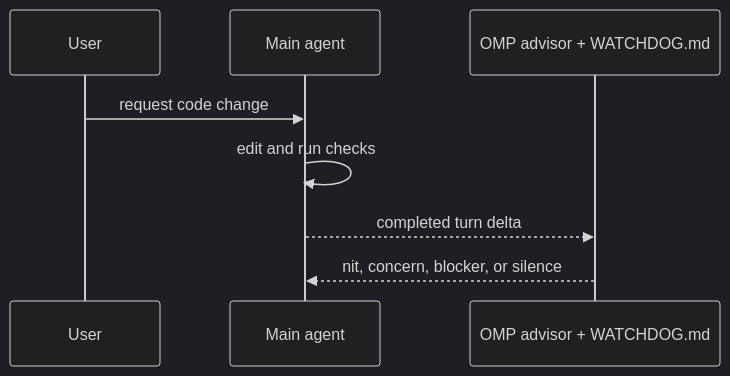
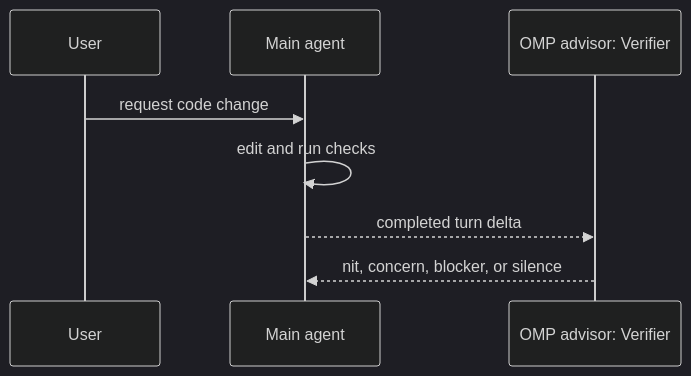
The diagram in CONCEPTS.md (klondikemarlen/omp-verifier), drawn with Mermaid (dark theme) before and after one commit. The commit also changed other lines of this file and 11 other files, not shown here.

Commit message:
:recycle: Reduce verifier to advisor bootstrap.

````diff
--- a/CONCEPTS.md
+++ b/CONCEPTS.md
@@ -42,11 +18,11 @@
 ```mermaid
 sequenceDiagram
   participant User
   participant Main as Main agent
-  participant Advisor as OMP advisor + WATCHDOG.md
+  participant Advisor as OMP advisor: Verifier
 
   User->>Main: request code change
   Main->>Main: edit and run checks
   Main-->>Advisor: completed turn delta
   Advisor-->>Main: nit, concern, blocker, or silence
 ```
````
